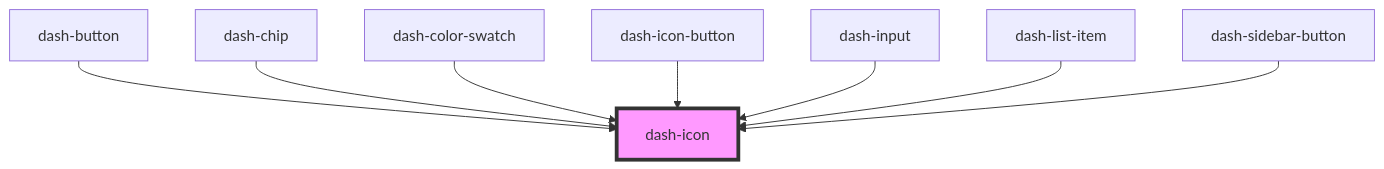
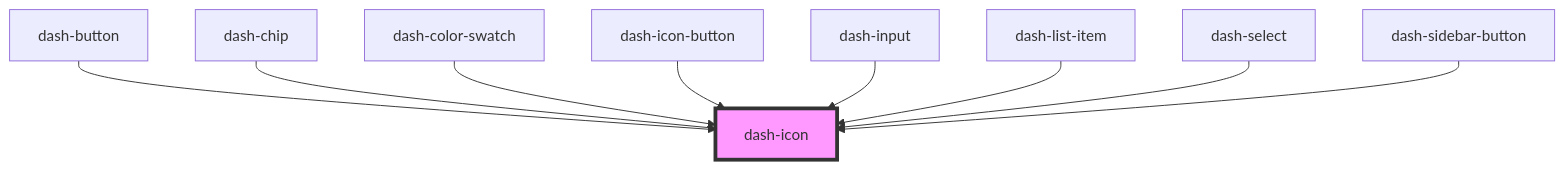
One commit to jmanke/dash changed the diagram in packages/dash-components/src/components/dash-icon/readme.md. Above: the diagram before and after it, drawn with Mermaid. The commit also changed other lines of this file and 11 other files, not shown here.

Commit message:
dash-select

````diff
--- a/packages/dash-components/src/components/dash-icon/readme.md
+++ b/packages/dash-components/src/components/dash-icon/readme.md
@@ -33,11 +34,12 @@
 ```mermaid
 graph TD;
   dash-button --> dash-icon
   dash-chip --> dash-icon
   dash-color-swatch --> dash-icon
   dash-icon-button --> dash-icon
   dash-input --> dash-icon
   dash-list-item --> dash-icon
+  dash-select --> dash-icon
   dash-sidebar-button --> dash-icon
   style dash-icon fill:#f9f,stroke:#333,stroke-width:4px
 ```
````
